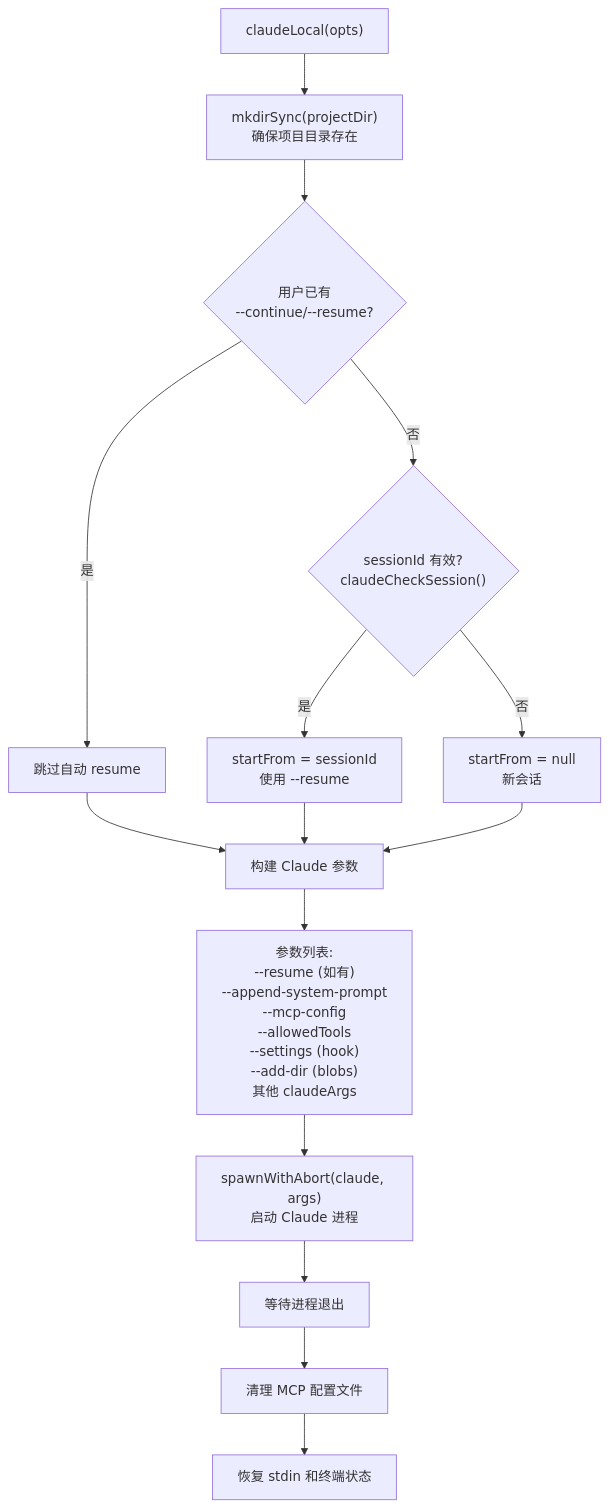
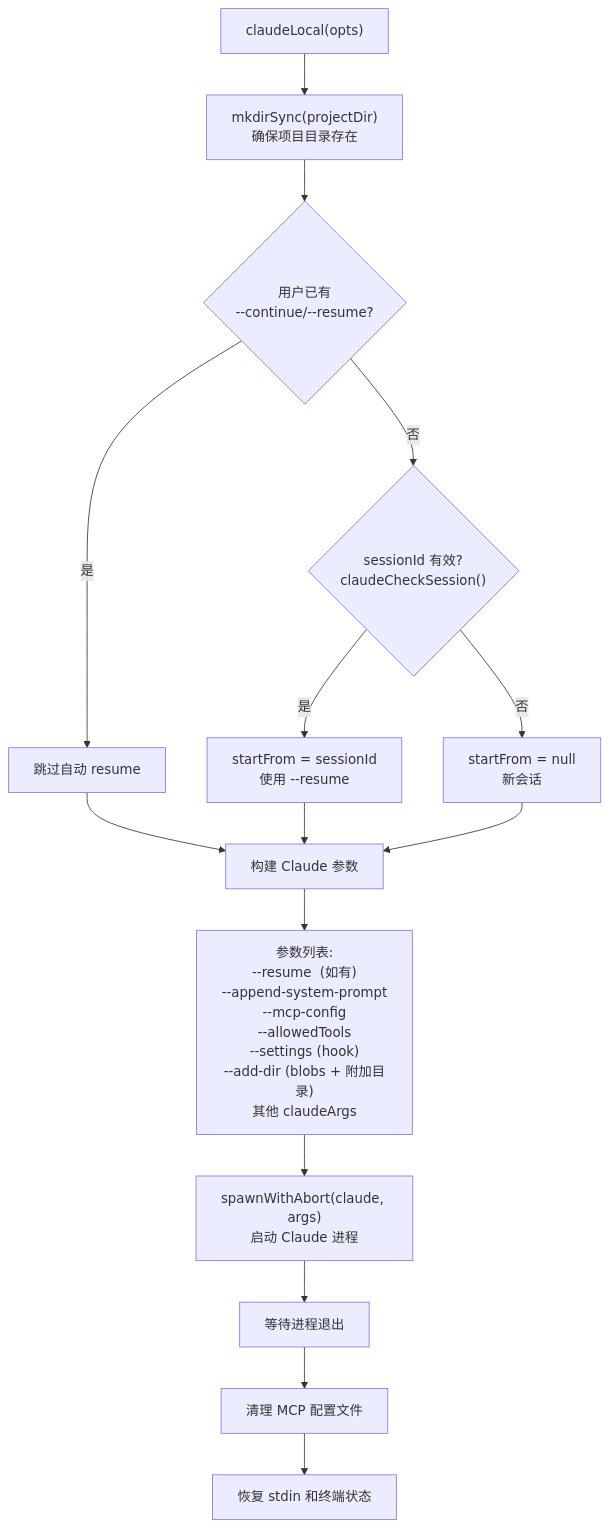
Before and after one commit to ModuBit/mobi: the fourth of 5 diagrams in docs/architecture/cli/commands/claude/local-mode.md, drawn with Mermaid. The commit also changed other lines of this file and 17 other files, not shown here.

````diff
--- a/docs/architecture/cli/commands/claude/local-mode.md
+++ b/docs/architecture/cli/commands/claude/local-mode.md
@@ -97,20 +97,20 @@
 ```mermaid
 flowchart TB
     Start["claudeLocal(opts)"] --> Dir["mkdirSync(projectDir)<br/>确保项目目录存在"]
     Dir --> CheckFlags{"用户已有<br/>--continue/--resume?"}
     CheckFlags -->|是| SkipResume["跳过自动 resume"]
     CheckFlags -->|否| CheckSession{"sessionId 有效?<br/>claudeCheckSession()"}
     CheckSession -->|是| SetResume["startFrom = sessionId<br/>使用 --resume"]
     CheckSession -->|否| Fresh["startFrom = null<br/>新会话"]
 
     SkipResume --> BuildArgs
     SetResume --> BuildArgs["构建 Claude 参数"]
     Fresh --> BuildArgs
 
-    BuildArgs --> Args["参数列表:<br/>--resume <id> (如有)<br/>--append-system-prompt<br/>--mcp-config<br/>--allowedTools<br/>--settings (hook)<br/>--add-dir (blobs)<br/>其他 claudeArgs"]
+    BuildArgs --> Args["参数列表:<br/>--resume <id> (如有)<br/>--append-system-prompt<br/>--mcp-config<br/>--allowedTools<br/>--settings (hook)<br/>--add-dir (blobs + 附加目录)<br/>其他 claudeArgs"]
 
     Args --> Spawn["spawnWithAbort(claude, args)<br/>启动 Claude 进程"]
     Spawn --> Wait["等待进程退出"]
     Wait --> Cleanup["清理 MCP 配置文件"]
     Cleanup --> Resume["恢复 stdin 和终端状态"]
 ```
````
